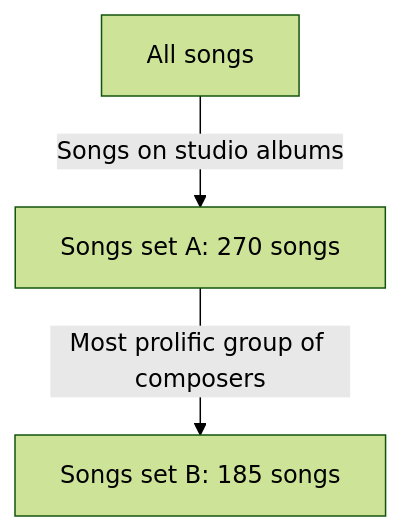
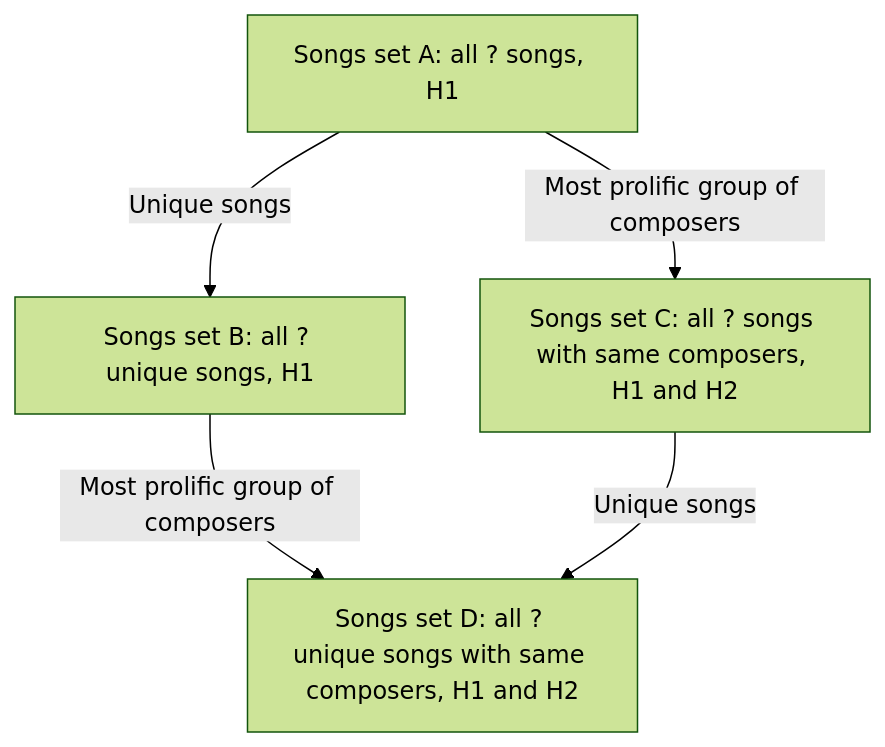
The diagram in docs/paper.md (richelbilderbeek/paper_k3_ratings), drawn with Mermaid (forest theme) before and after one commit. The commit also changed other lines of this file, not shown here.

````diff
--- a/docs/paper.md
+++ b/docs/paper.md
@@ -118,9 +119,12 @@
 ```mermaid
 flowchart TD
-  all[All songs]
-  studio_albums[Songs set A: 270 songs]
-  same_composers[Songs set B: 185 songs]
+  all[Songs set A: all ? songs, H1]
+  unique_songs[Songs set B: all ? unique songs, H1]
+  same_composers[Songs set C: all ? songs with same composers, H1 and H2]
+  unique_songs_with_same_composers[Songs set D: all ? unique songs with same composers, H1 and H2]
 
-  all --> |Songs on studio albums|studio_albums
-  studio_albums --> |Most prolific group of composers|same_composers
+  all --> |Unique songs|unique_songs
+  unique_songs --> |Most prolific group of composers|unique_songs_with_same_composers
+  all --> |Most prolific group of composers| same_composers
+  same_composers --> |Unique songs| unique_songs_with_same_composers
 ```
````
